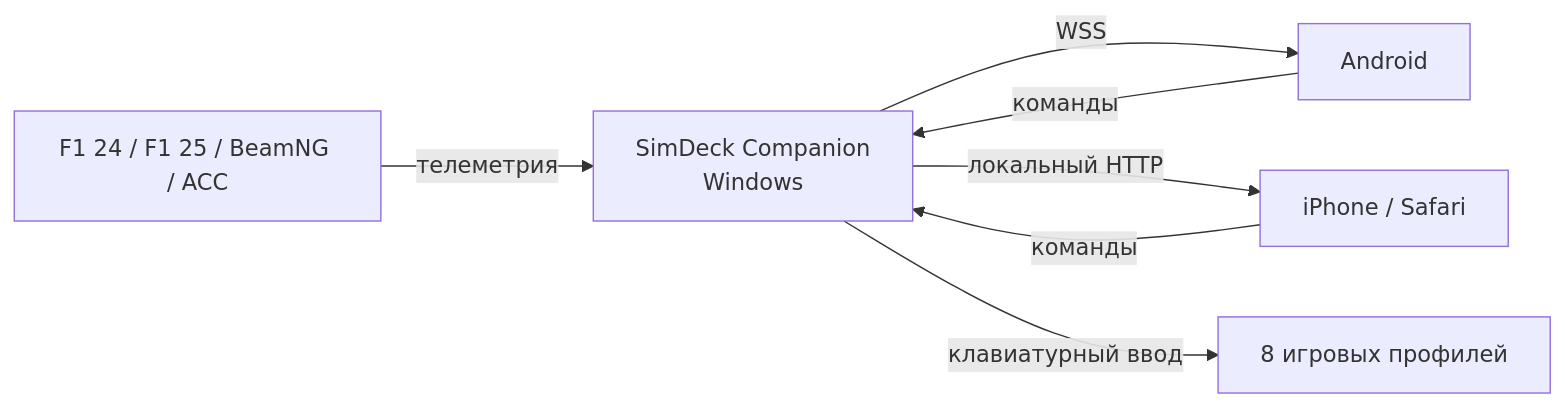
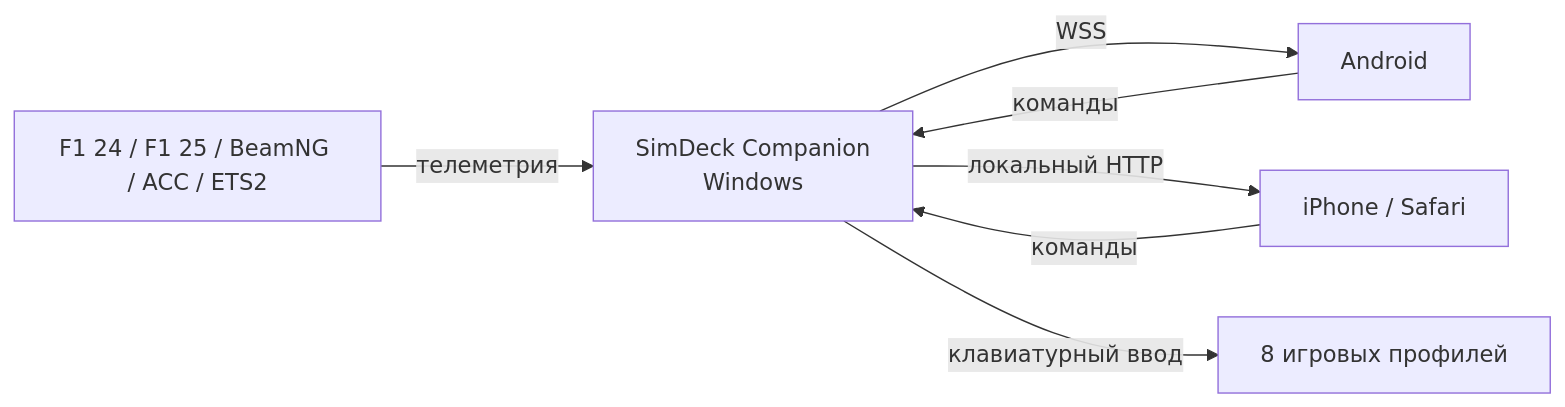
One commit to timurgass/SimDeck changed the diagram in README.md. Above: the diagram before and after it, drawn with Mermaid. The commit also changed other lines of this file and 22 other files, not shown here.

Commit message:
Release 0.8.5 with live ETS2 telemetry

````diff
--- a/README.md
+++ b/README.md
@@ -185,9 +198,9 @@
 ```mermaid
 flowchart LR
-    TelemetryGames["F1 24 / F1 25 / BeamNG / ACC"] -->|"телеметрия"| PC["SimDeck Companion<br/>Windows"]
+    TelemetryGames["F1 24 / F1 25 / BeamNG / ACC / ETS2"] -->|"телеметрия"| PC["SimDeck Companion<br/>Windows"]
     PC -->|"WSS"| Android["Android"]
     PC -->|"локальный HTTP"| Safari["iPhone / Safari"]
     Android -->|"команды"| PC
     Safari -->|"команды"| PC
     PC -->|"клавиатурный ввод"| Games["8 игровых профилей"]
 ```
````
